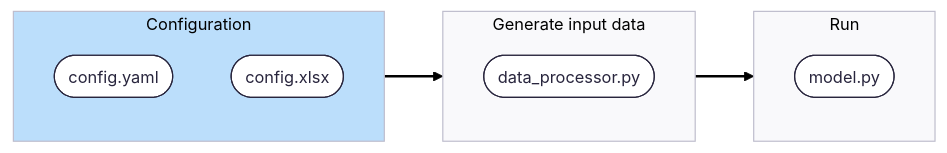
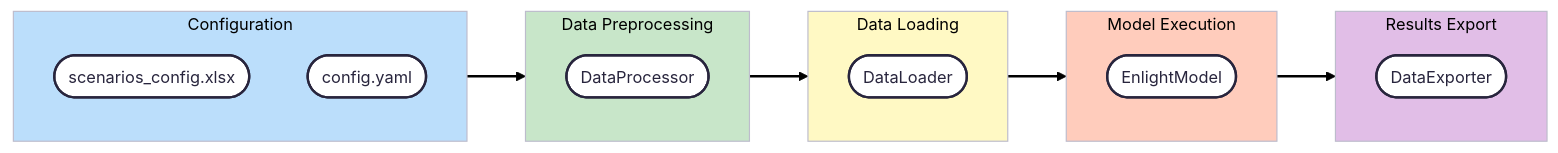
Before and after one commit to marco-saretta/enlight: the diagram in README.md, drawn with Mermaid. The commit also changed other lines of this file and 5 other files, not shown here.

Commit message:
fixing data_loader to weekly

````diff
--- a/README.md
+++ b/README.md
@@ -11,25 +8,32 @@
 ```mermaid
 ---
 config:
   theme: redux
 ---
 flowchart LR
  subgraph s1["Configuration"]
-        n2(["config.yaml"])
-        n4(["config.xlsx"])
+        n2(["scenarios_config.xlsx"])
+        n4(["config.yaml"])
   end
- subgraph s2["Generate input data"]
-        n5(["data_processor.py"])
+ subgraph s2["Data Preprocessing"]
+        n5(["DataProcessor"])
   end
- subgraph s3["Run"]
-        n6(["model.py"])
+ subgraph s3["Data Loading"]
+        n6(["DataLoader"])
+  end
+ subgraph s4["Model Execution"]
+        n7(["EnlightModel"])
+  end
+ subgraph s5["Results Export"]
+        n8(["DataExporter"])
   end
     s1 --> s2
     s2 --> s3
-    style n2 stroke-width:1px,stroke-dasharray: 0
-    style n4 stroke-width:1px,stroke-dasharray: 0
-    style n5 stroke-width:1px,stroke-dasharray: 0
-    style n6 stroke-width:1px,stroke-dasharray: 0
+    s3 --> s4
+    s4 --> s5
     style s1 fill:#BBDEFB,color:#000000
-
+    style s2 fill:#C8E6C9,color:#000000
+    style s3 fill:#FFF9C4,color:#000000
+    style s4 fill:#FFCCBC,color:#000000
+    style s5 fill:#E1BEE7,color:#000000
 ```
````
